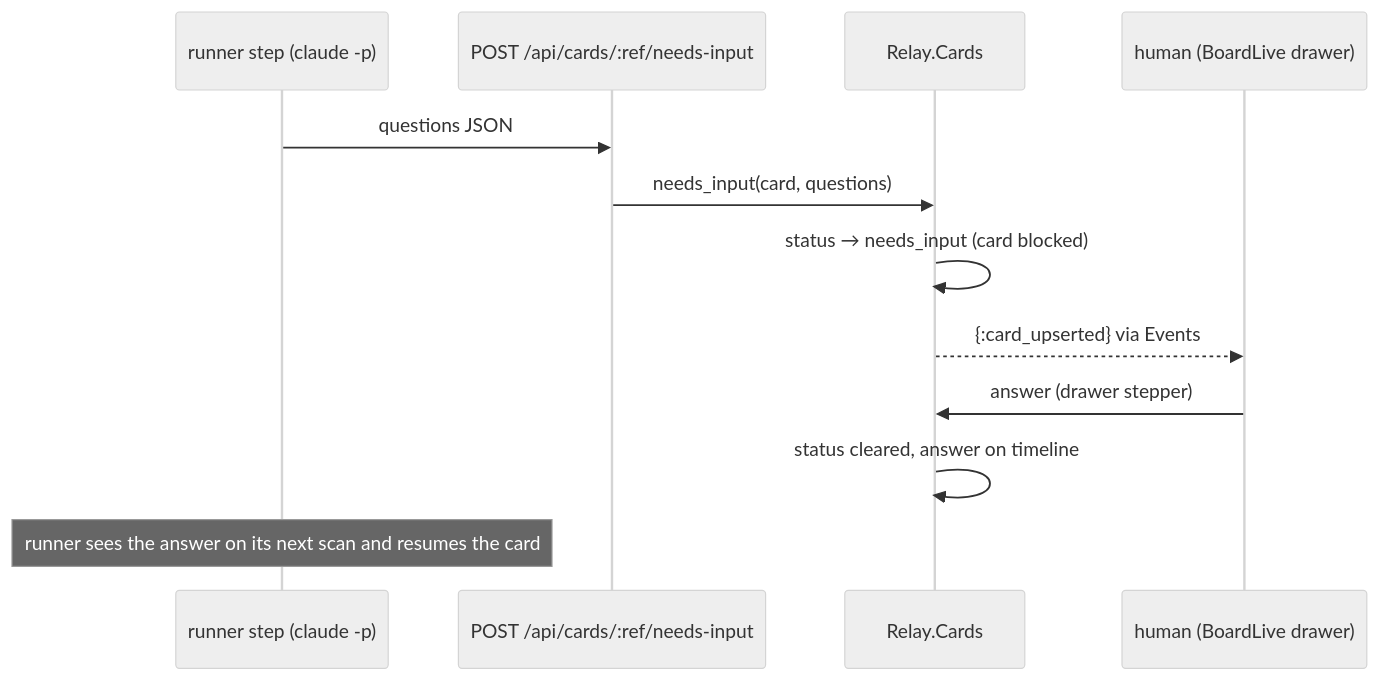
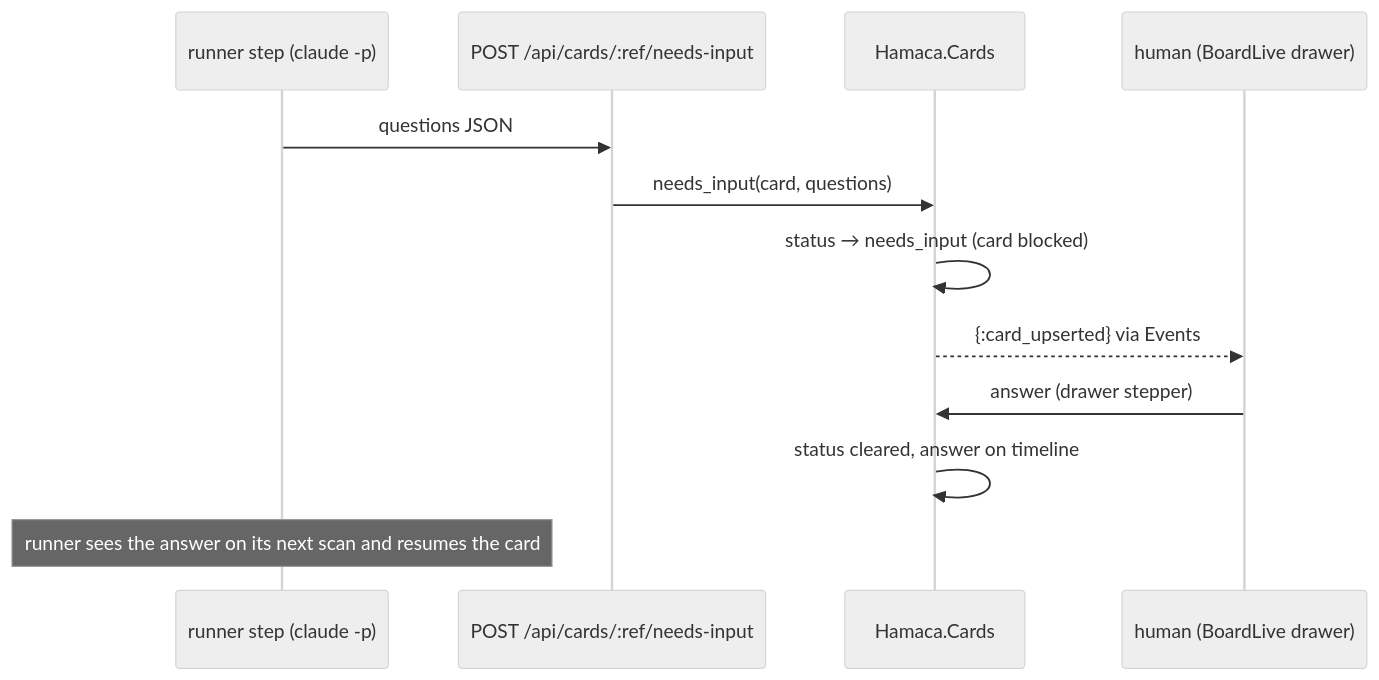
One commit to jeremylightsmith/relay changed the third of 4 diagrams in docs/architecture/runtime.md. Above: the diagram before and after it, drawn with Mermaid (neutral theme). The commit also changed other lines of this file and 1704 other files, not shown here.

````diff
--- a/docs/architecture/runtime.md
+++ b/docs/architecture/runtime.md
@@ -212,14 +212,14 @@
 ```mermaid
 sequenceDiagram
     participant R as runner step (claude -p)
     participant API as POST /api/cards/:ref/needs-input
-    participant C as Relay.Cards
+    participant C as Hamaca.Cards
     participant H as human (BoardLive drawer)
     R->>API: questions JSON
     API->>C: needs_input(card, questions)
     C->>C: status → needs_input (card blocked)
     C-->>H: {:card_upserted} via Events
     H->>C: answer (drawer stepper)
     C->>C: status cleared, answer on timeline
     Note over R: runner sees the answer on its next scan and resumes the card
 ```
````
